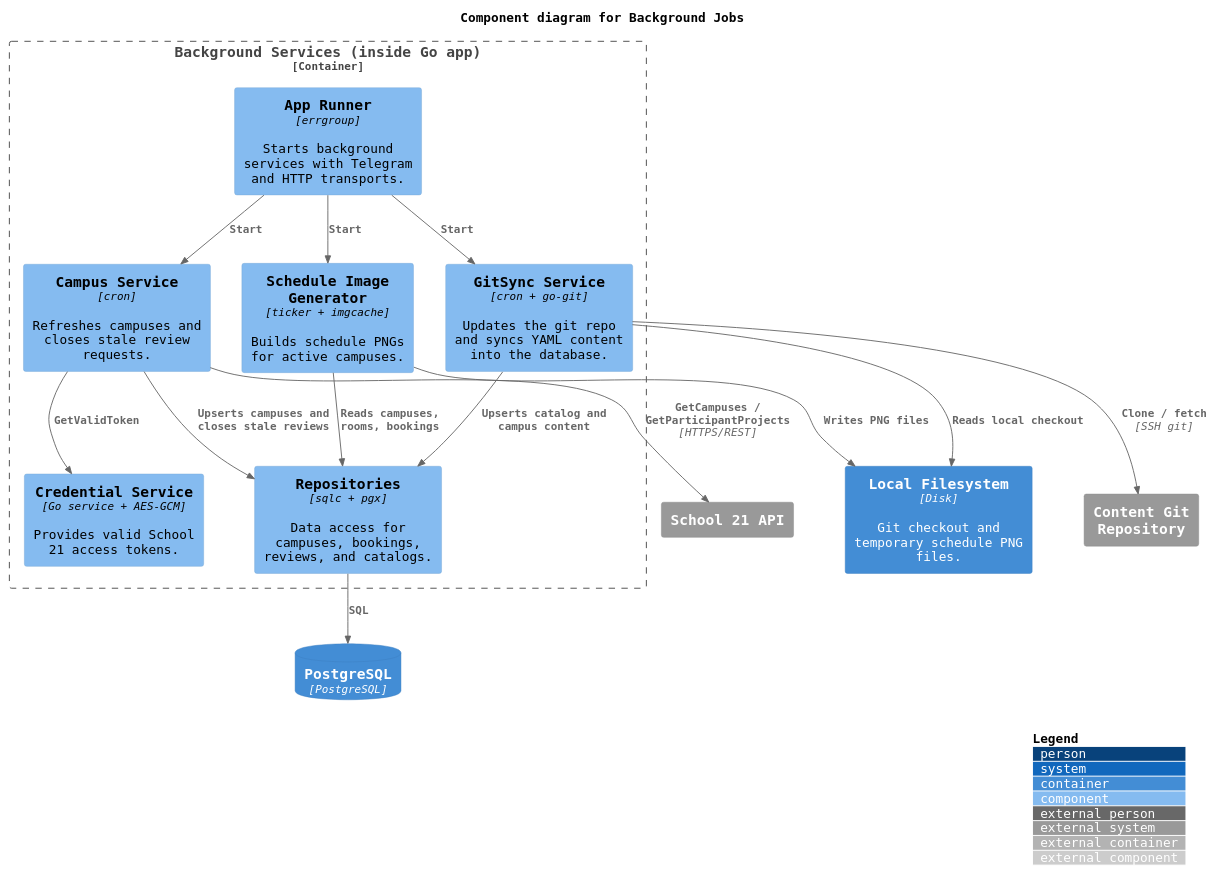
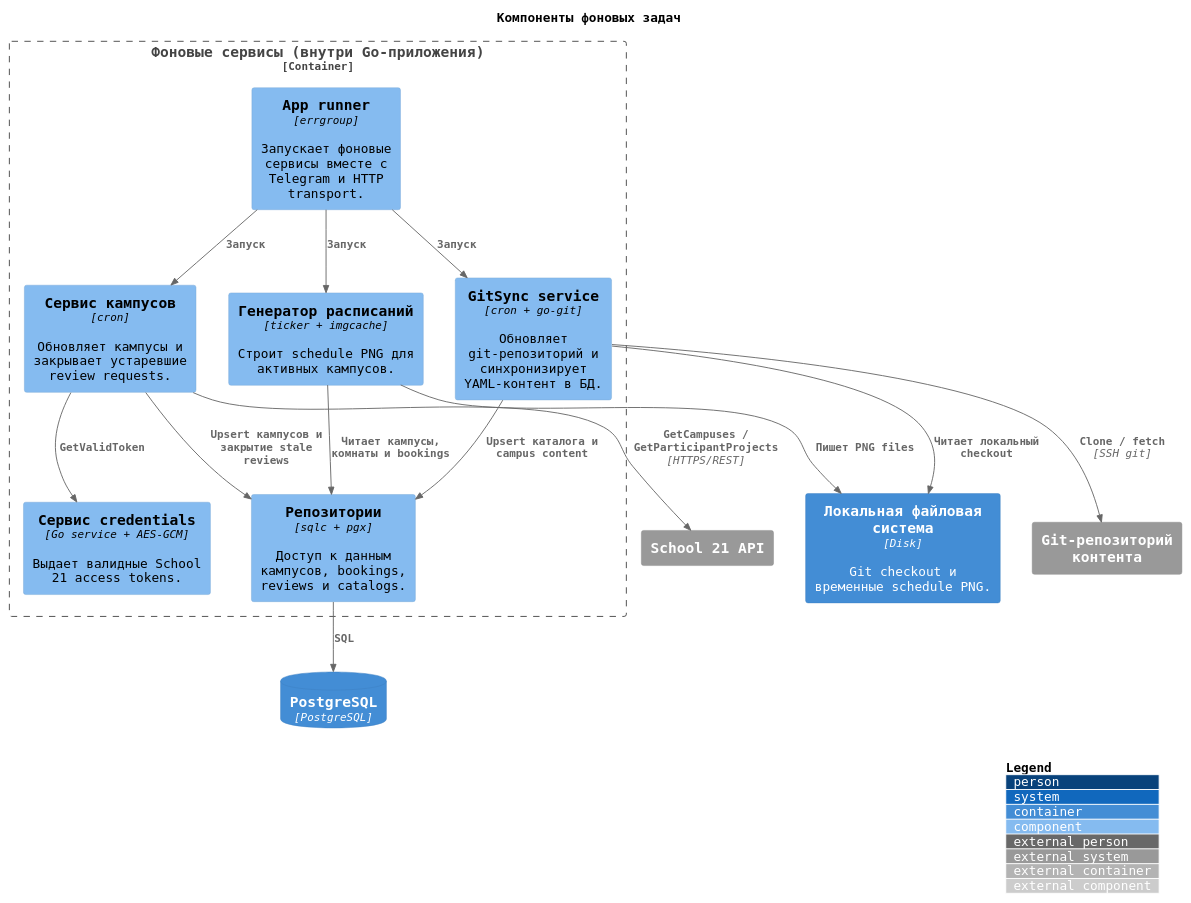
One commit to vgy789/NoemX21-bot changed the diagram in docs/c4/c4_component-scheduler.puml. Above: the diagram before and after it, drawn with PlantUML. The commit also changed 21 other files, not shown here.

Commit message:
feat(docs): добавлены README.md, файлы документации, генерация изображений с4 диаграмм

```diff
--- a/docs/c4/c4_component-scheduler.puml
+++ b/docs/c4/c4_component-scheduler.puml
@@ -1,42 +1,42 @@
 @startuml
 !include https://raw.githubusercontent.com/plantuml-stdlib/C4-PlantUML/master/C4_Component.puml
 
 LAYOUT_WITH_LEGEND()
 
-title Component diagram for Background Jobs
+title Компоненты фоновых задач
 
 skinparam defaultFontName Monospaced
 skinparam componentStyle rectangle
 
 ContainerDb(db, "PostgreSQL", "PostgreSQL")
 System_Ext(s21, "School 21 API")
-System_Ext(git_repo, "Content Git Repository")
-Container(fs, "Local Filesystem", "Disk", "Git checkout and temporary schedule PNG files.")
+System_Ext(git_repo, "Git-репозиторий контента")
+Container(fs, "Локальная файловая система", "Disk", "Git checkout и временные schedule PNG.")
 
-Container_Boundary(background_runtime, "Background Services (inside Go app)") {
-    Component(app_runner, "App Runner", "errgroup", "Starts background services with Telegram and HTTP transports.")
-    Component(gitsync, "GitSync Service", "cron + go-git", "Updates the git repo and syncs YAML content into the database.")
-    Component(campus, "Campus Service", "cron", "Refreshes campuses and closes stale review requests.")
-    Component(schedule_gen, "Schedule Image Generator", "ticker + imgcache", "Builds schedule PNGs for active campuses.")
-    Component(credentials, "Credential Service", "Go service + AES-GCM", "Provides valid School 21 access tokens.")
-    Component(repo, "Repositories", "sqlc + pgx", "Data access for campuses, bookings, reviews, and catalogs.")
+Container_Boundary(background_runtime, "Фоновые сервисы (внутри Go-приложения)") {
+    Component(app_runner, "App runner", "errgroup", "Запускает фоновые сервисы вместе с Telegram и HTTP transport.")
+    Component(gitsync, "GitSync service", "cron + go-git", "Обновляет git-репозиторий и синхронизирует YAML-контент в БД.")
+    Component(campus, "Сервис кампусов", "cron", "Обновляет кампусы и закрывает устаревшие review requests.")
+    Component(schedule_gen, "Генератор расписаний", "ticker + imgcache", "Строит schedule PNG для активных кампусов.")
+    Component(credentials, "Сервис credentials", "Go service + AES-GCM", "Выдает валидные School 21 access tokens.")
+    Component(repo, "Репозитории", "sqlc + pgx", "Доступ к данным кампусов, bookings, reviews и catalogs.")
 }
 
-Rel(app_runner, gitsync, "Start")
-Rel(app_runner, campus, "Start")
-Rel(app_runner, schedule_gen, "Start")
+Rel(app_runner, gitsync, "Запуск")
+Rel(app_runner, campus, "Запуск")
+Rel(app_runner, schedule_gen, "Запуск")
 
 Rel(gitsync, git_repo, "Clone / fetch", "SSH git")
-Rel(gitsync, fs, "Reads local checkout")
-Rel(gitsync, repo, "Upserts catalog and campus content")
+Rel(gitsync, fs, "Читает локальный checkout")
+Rel(gitsync, repo, "Upsert каталога и campus content")
 
 Rel(campus, credentials, "GetValidToken")
 Rel(campus, s21, "GetCampuses / GetParticipantProjects", "HTTPS/REST")
-Rel(campus, repo, "Upserts campuses and closes stale reviews")
+Rel(campus, repo, "Upsert кампусов и закрытие stale reviews")
 
-Rel(schedule_gen, repo, "Reads campuses, rooms, bookings")
-Rel(schedule_gen, fs, "Writes PNG files")
+Rel(schedule_gen, repo, "Читает кампусы, комнаты и bookings")
+Rel(schedule_gen, fs, "Пишет PNG files")
 
 Rel(repo, db, "SQL")
 
 @enduml
```
